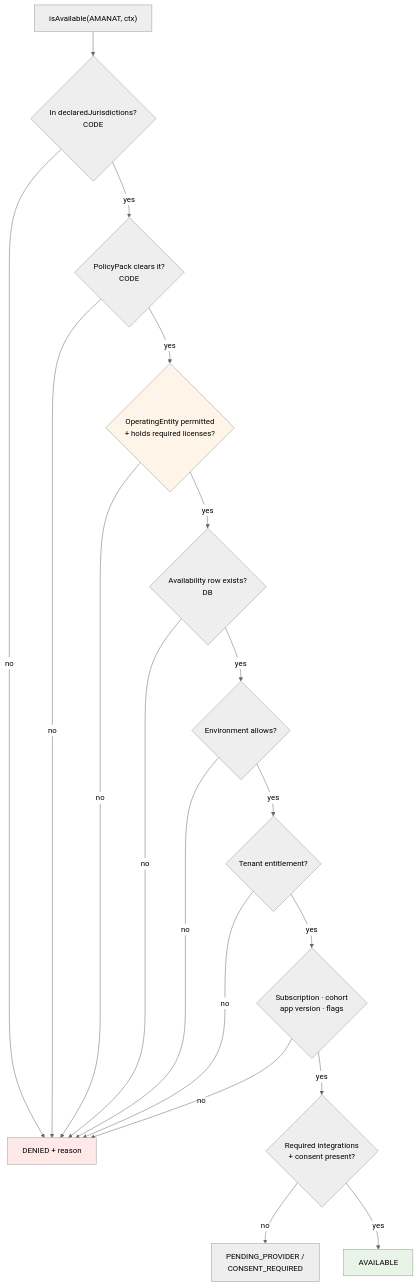
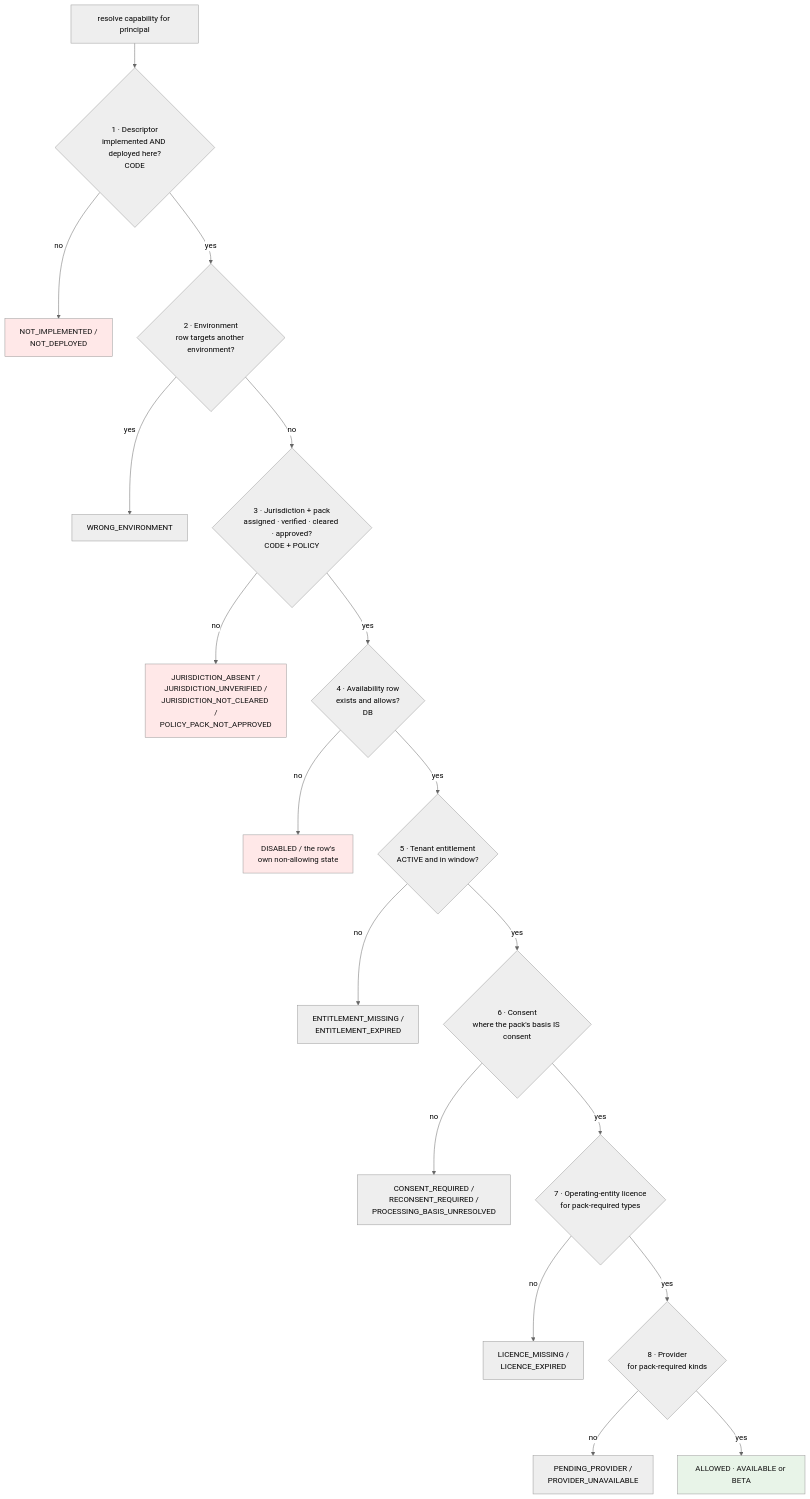
Before and after one commit to MoayadAlobaidi/Karar-Flutter-version: the diagram in docs/architecture/capability-registry.md, drawn with Mermaid (neutral theme). The commit also changed other lines of this file and 44 other files, not shown here.

````diff
--- a/docs/architecture/capability-registry.md
+++ b/docs/architecture/capability-registry.md
@@ -77,23 +93,24 @@
 ```mermaid
 graph TB
-    Q["isAvailable(AMANAT, ctx)"] --> D1{In declaredJurisdictions?<br/>CODE}
-    D1 -->|no| DENY[DENIED + reason]
-    D1 -->|yes| D2{PolicyPack clears it?<br/>CODE}
-    D2 -->|no| DENY
-    D2 -->|yes| D3{OperatingEntity permitted<br/>+ holds required licenses?}
-    D3 -->|no| DENY
-    D3 -->|yes| D4{Availability row exists?<br/>DB}
-    D4 -->|no| DENY
-    D4 -->|yes| D5{Environment allows?}
-    D5 -->|no| DENY
-    D5 -->|yes| D6{Tenant entitlement?}
-    D6 -->|no| DENY
-    D6 -->|yes| D7{Subscription · cohort<br/>app version · flags}
-    D7 -->|no| DENY
-    D7 -->|yes| D8{Required integrations<br/>+ consent present?}
-    D8 -->|no| PEND[PENDING_PROVIDER /<br/>CONSENT_REQUIRED]
-    D8 -->|yes| ALLOW[AVAILABLE]
-    style DENY fill:#ffe8e8
-    style ALLOW fill:#e8f4e8
-    style D3 fill:#fff4e8
+    Q[resolve capability for principal] --> G1{1 · Descriptor<br/>implemented AND deployed here?<br/>CODE}
+    G1 -->|no| D1[NOT_IMPLEMENTED /<br/>NOT_DEPLOYED]
+    G1 -->|yes| G2{2 · Environment<br/>row targets another environment?}
+    G2 -->|yes| D2[WRONG_ENVIRONMENT]
+    G2 -->|no| G3{3 · Jurisdiction + pack<br/>assigned · verified · cleared · approved?<br/>CODE + POLICY}
+    G3 -->|no| D3[JURISDICTION_ABSENT /<br/>JURISDICTION_UNVERIFIED /<br/>JURISDICTION_NOT_CLEARED /<br/>POLICY_PACK_NOT_APPROVED]
+    G3 -->|yes| G4{4 · Availability row<br/>exists and allows?<br/>DB}
+    G4 -->|no| D4[DISABLED / the row's<br/>own non-allowing state]
+    G4 -->|yes| G5{5 · Tenant entitlement<br/>ACTIVE and in window?}
+    G5 -->|no| D5[ENTITLEMENT_MISSING /<br/>ENTITLEMENT_EXPIRED]
+    G5 -->|yes| G6{6 · Consent<br/>where the pack's basis IS consent}
+    G6 -->|no| D6[CONSENT_REQUIRED /<br/>RECONSENT_REQUIRED /<br/>PROCESSING_BASIS_UNRESOLVED]
+    G6 -->|yes| G7{7 · Operating-entity licence<br/>for pack-required types}
+    G7 -->|no| D7[LICENCE_MISSING /<br/>LICENCE_EXPIRED]
+    G7 -->|yes| G8{8 · Provider<br/>for pack-required kinds}
+    G8 -->|no| D8[PENDING_PROVIDER /<br/>PROVIDER_UNAVAILABLE]
+    G8 -->|yes| ALLOW[ALLOWED · AVAILABLE or BETA]
+    style ALLOW fill:#e8f4e8,color:#111
+    style D1 fill:#ffe8e8,color:#111
+    style D3 fill:#ffe8e8,color:#111
+    style D4 fill:#ffe8e8,color:#111
 ```
````
